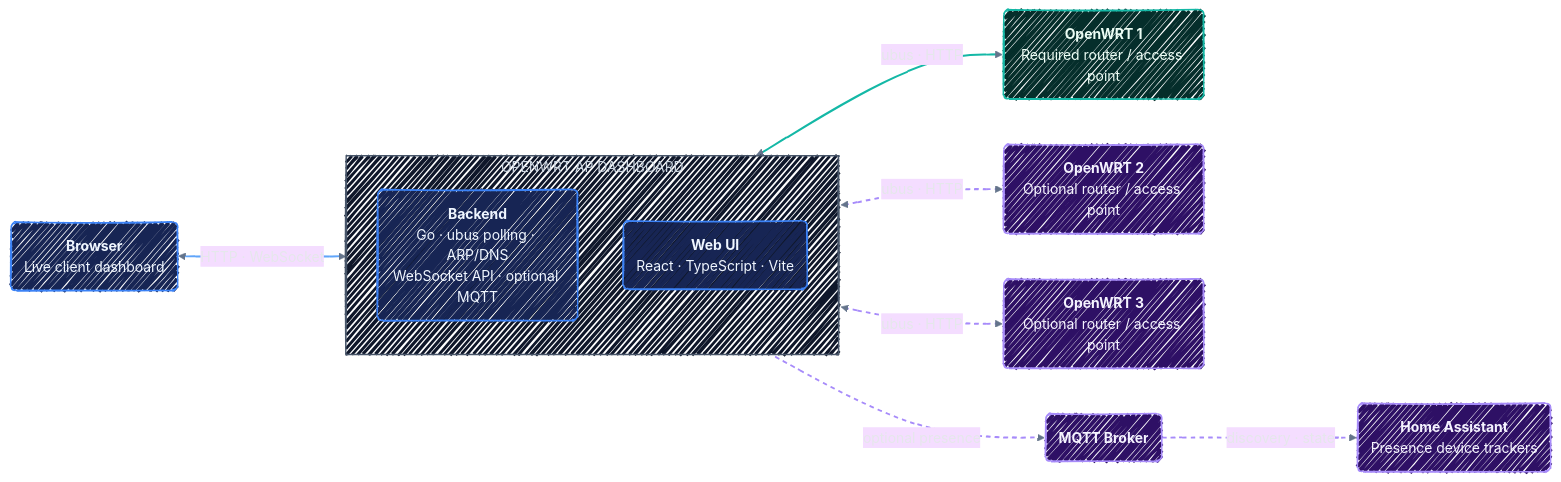
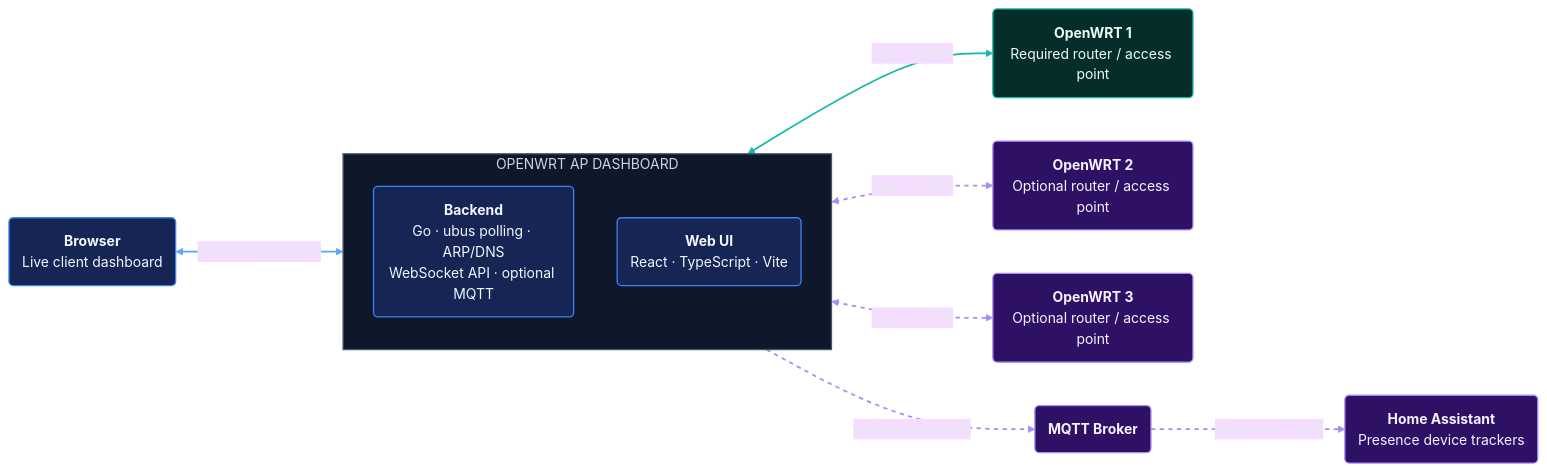
One commit to vgropp/openwrt-ap-dashboard changed the diagram in README.md. Above: the diagram before and after it, drawn with Mermaid.

Commit message:
doc: fix handdrawn

````diff
--- a/README.md
+++ b/README.md
@@ -23,36 +23,36 @@
 ```mermaid
-%%{init: {"theme": "base", "look": "handDrawn", "themeVariables": {"fontFamily": "Inter, ui-sans-serif, system-ui, sans-serif", "primaryTextColor": "#e5e7eb", "lineColor": "#64748b", "clusterBkg": "#111827", "clusterBorder": "#334155"}}}%%
+%%{init: {"theme": "base", "themeVariables": {"fontFamily": "Inter, ui-sans-serif, system-ui, sans-serif", "primaryTextColor": "#e5e7eb", "lineColor": "#64748b", "clusterBkg": "#111827", "clusterBorder": "#334155"}}}%%
 flowchart LR
     subgraph Dashboard["OPENWRT AP DASHBOARD"]
         direction TB
         Backend("<b>Backend</b><br/>Go · ubus polling · ARP/DNS<br/>WebSocket API · optional MQTT")
         Frontend("<b>Web UI</b><br/>React · TypeScript · Vite")
     end
 
     Routers1("<b>OpenWRT 1</b><br/>Required router / access point")
     Routers2("<b>OpenWRT 2</b><br/>Optional router / access point")
     Routers3("<b>OpenWRT 3</b><br/>Optional router / access point")
     Browser("<b>Browser</b><br/>Live client dashboard")
     MQTT("<b>MQTT Broker</b>")
     HA("<b>Home Assistant</b><br/>Presence device trackers")
 
     Backend <-->|"ubus · HTTP"| Routers1
     Backend <-.->|"ubus · HTTP"| Routers2
     Backend <-.->|"ubus · HTTP"| Routers3
     Browser <-->|"HTTP · WebSocket"| Frontend
     Backend -. "optional presence" .-> MQTT
     MQTT -. "discovery · state" .-> HA
 
     classDef service fill:#172554,stroke:#3b82f6,color:#eff6ff,stroke-width:1.5px
     classDef network fill:#052e2b,stroke:#14b8a6,color:#ecfdf5,stroke-width:1.5px
     classDef optional fill:#2e1065,stroke:#a78bfa,color:#f5f3ff,stroke-width:1.5px
     class Backend,Frontend,Browser service
     class Routers1 network
     class Routers2,Routers3 optional
     class MQTT,HA optional
     style Dashboard fill:#0f172a,stroke:#475569,color:#cbd5e1,stroke-width:1.5px
     linkStyle 0 stroke:#14b8a6,stroke-width:2px
     linkStyle 1,2 stroke:#a78bfa,stroke-width:2px,stroke-dasharray:5 5
     linkStyle 3 stroke:#60a5fa,stroke-width:2px
     linkStyle 4,5 stroke:#a78bfa,stroke-width:2px,stroke-dasharray:5 5
 ```
````
